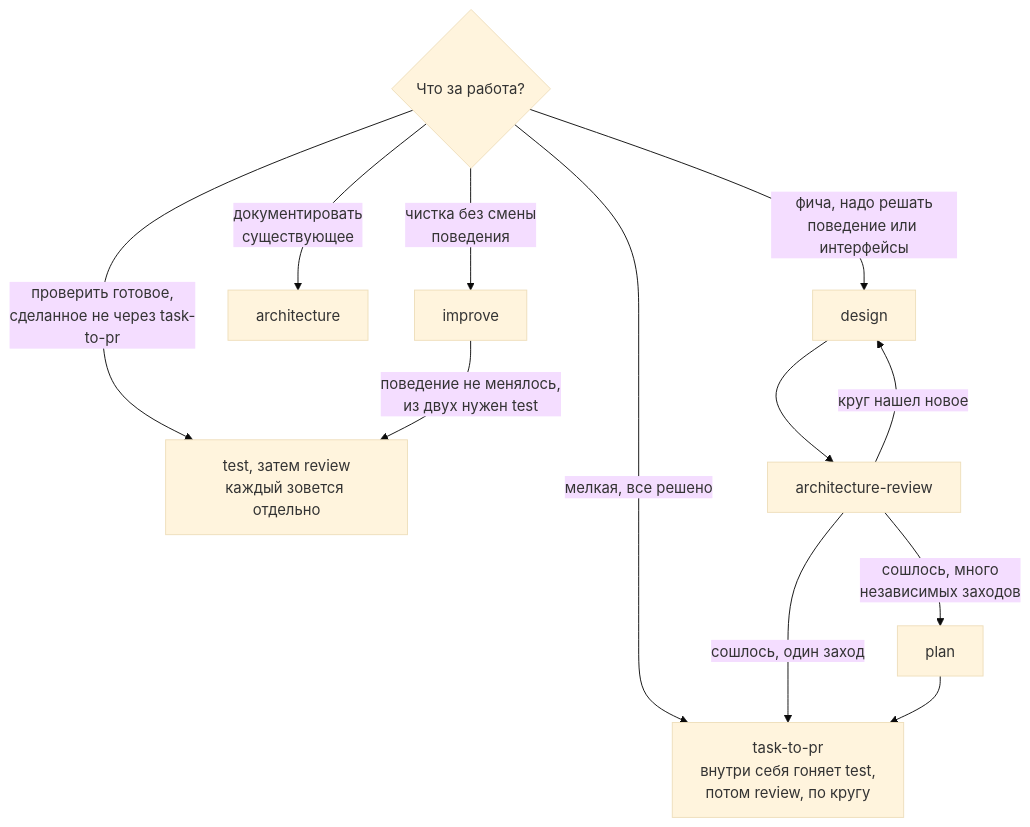
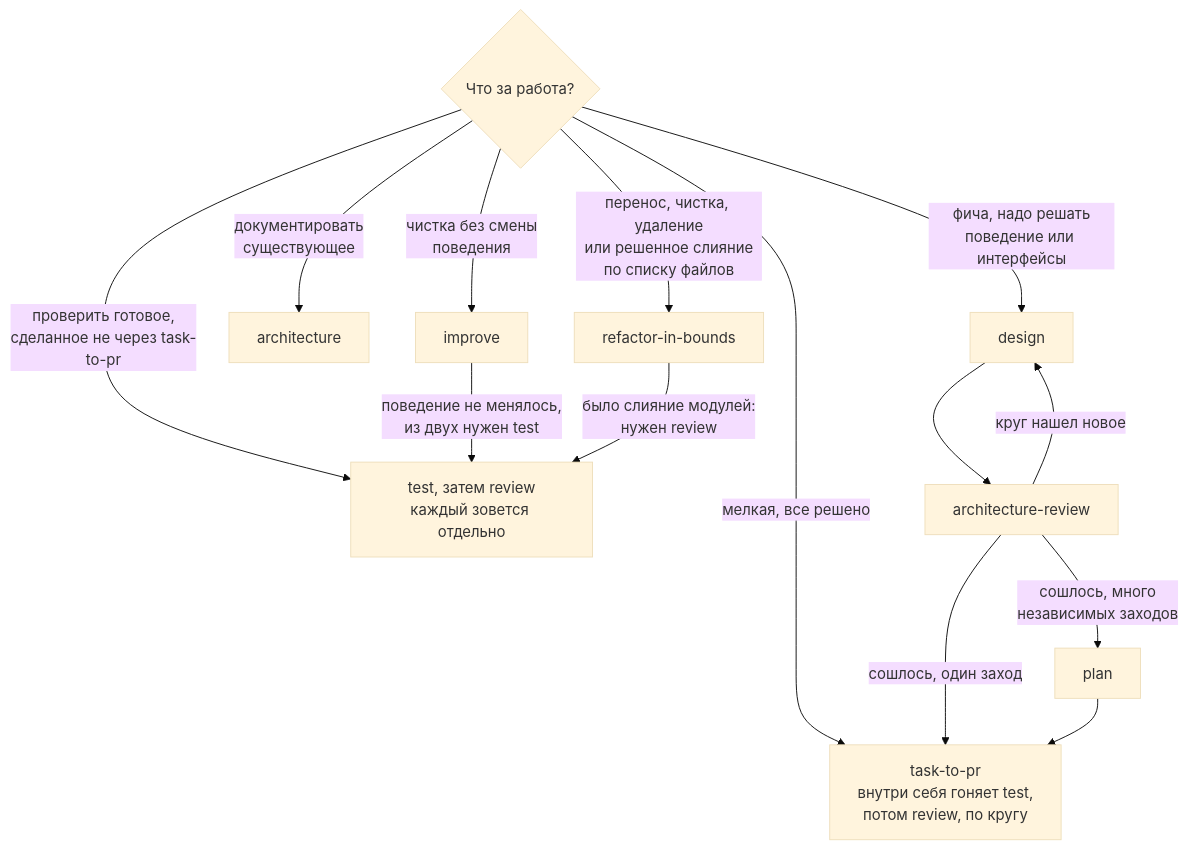
The diagram in docs/conventions/PROCESS.md (dm-am/dm3), drawn with Mermaid (base theme) before and after one commit. The commit also changed other lines of this file and 2107 other files, not shown here.

````diff
--- a/docs/conventions/PROCESS.md
+++ b/docs/conventions/PROCESS.md
@@ -15,16 +16,18 @@
 ```mermaid
 flowchart TB
     q{"Что за работа?"}
     q -->|"мелкая, все решено"| tp["task-to-pr<br/>внутри себя гоняет test,<br/>потом review, по кругу"]
     q -->|"фича, надо решать<br/>поведение или интерфейсы"| d["design"]
     q -->|"документировать<br/>существующее"| arch["architecture"]
     q -->|"чистка без смены<br/>поведения"| imp["improve"]
+    q -->|"перенос, чистка, удаление<br/>или решенное слияние<br/>по списку файлов"| rib["refactor-in-bounds"]
     q -->|"проверить готовое,<br/>сделанное не через task-to-pr"| tr["test, затем review<br/>каждый зовется отдельно"]
 
     d --> ar["architecture-review"]
     ar -->|"круг нашел новое"| d
     ar -->|"сошлось, много<br/>независимых заходов"| pl["plan"]
     ar -->|"сошлось, один заход"| tp
     pl --> tp
     imp -->|"поведение не менялось,<br/>из двух нужен test"| tr
+    rib -->|"было слияние модулей:<br/>нужен review"| tr
 ```
````
